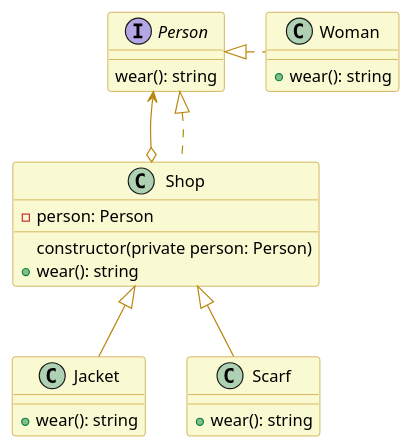
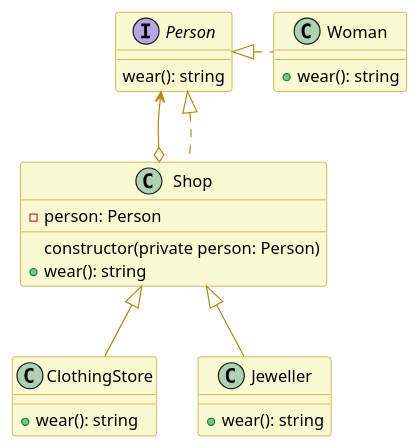
One commit to plkpiotr/design-patterns changed the diagram in src/app/structural/decorator/decorator.puml. Above: the diagram before and after it, drawn with PlantUML. The commit also changed 20 other files, not shown here.

```diff
--- a/src/app/structural/decorator/decorator.puml
+++ b/src/app/structural/decorator/decorator.puml
@@ -1,38 +1,38 @@
 @startuml
 
 skinparam class {
   backgroundColor lightgoldenrodyellow
   arrowColor darkgoldenrod
   borderColor darkgoldenrod
 }
 
 interface Person {
   wear(): string
 }
 
 class Woman {
   + wear(): string
 }
 
 class Shop {
   - person: Person
   constructor(private person: Person)
   + wear(): string
 }
 
-class Jacket {
+class ClothingStore {
   + wear(): string
 }
 
-class Scarf {
+class Jeweller {
   + wear(): string
 }
 
 Person <|. Woman
 Person <--o Shop
 Person <|.. Shop
 
-Shop <|-- Jacket
-Shop <|-- Scarf
+Shop <|-- ClothingStore
+Shop <|-- Jeweller
 
 @enduml
```
